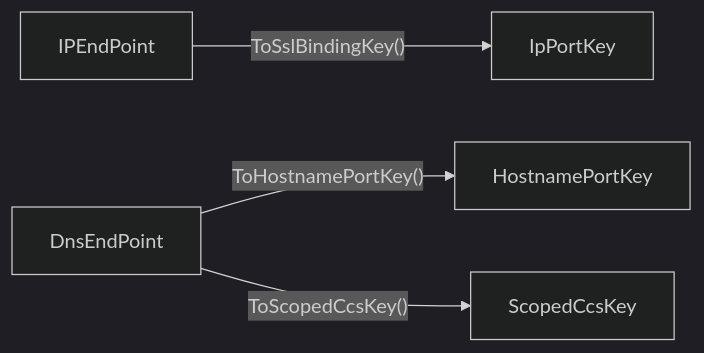
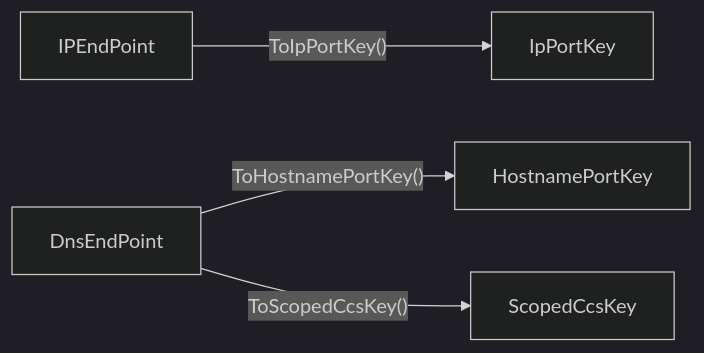
The third of 3 diagrams in docs/public-api.md (segor/SslCertBinding.Net), drawn with Mermaid (dark theme) before and after one commit. The commit also changed other lines of this file and 44 other files, not shown here.

````diff
--- a/docs/public-api.md
+++ b/docs/public-api.md
@@ -153,6 +150,6 @@
 ```mermaid
 flowchart LR
-    IPEndPoint -->|"ToSslBindingKey()"| IpPortKey
+    IPEndPoint -->|"ToIpPortKey()"| IpPortKey
     DnsEndPoint -->|"ToHostnamePortKey()"| HostnamePortKey
     DnsEndPoint -->|"ToScopedCcsKey()"| ScopedCcsKey
 ```
````
